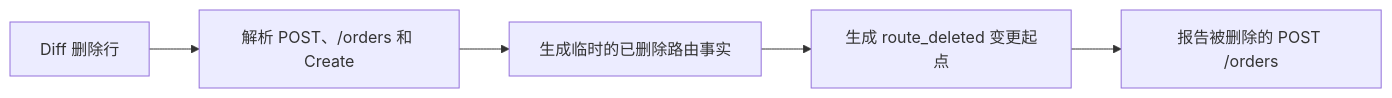
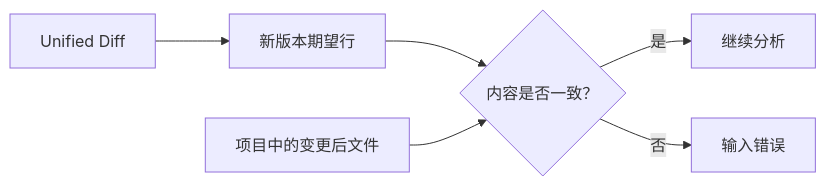
Diagram 14 of 17 in TECH-DESIGN-impact-analysis.md (Flying-Bird1999/go-analyzer), drawn with Mermaid before and after one commit. The commit also changed other lines of this file and 1 other file, not shown here.

````diff
--- a/TECH-DESIGN-impact-analysis.md
+++ b/TECH-DESIGN-impact-analysis.md
@@ -696,10 +960,14 @@
 ```mermaid
 flowchart LR
-    DELETE["Diff 删除行"]
-    PARSE["解析 POST、/orders 和 Create"]
-    RECOVER["生成临时的已删除路由事实"]
-    CHANGE["生成 route_deleted 变更起点"]
-    RESULT["报告被删除的 POST /orders"]
+    DIFF["Unified Diff"]
+    EXPECT["新版本期望行"]
+    SOURCE["项目中的变更后文件"]
+    CHECK{"内容是否一致？"}
+    NEXT["继续分析"]
+    ERROR["输入错误"]
 
-    DELETE --> PARSE --> RECOVER --> CHANGE --> RESULT
+    DIFF --> EXPECT --> CHECK
+    SOURCE --> CHECK
+    CHECK -->|"是"| NEXT
+    CHECK -->|"否"| ERROR
 ```
````
